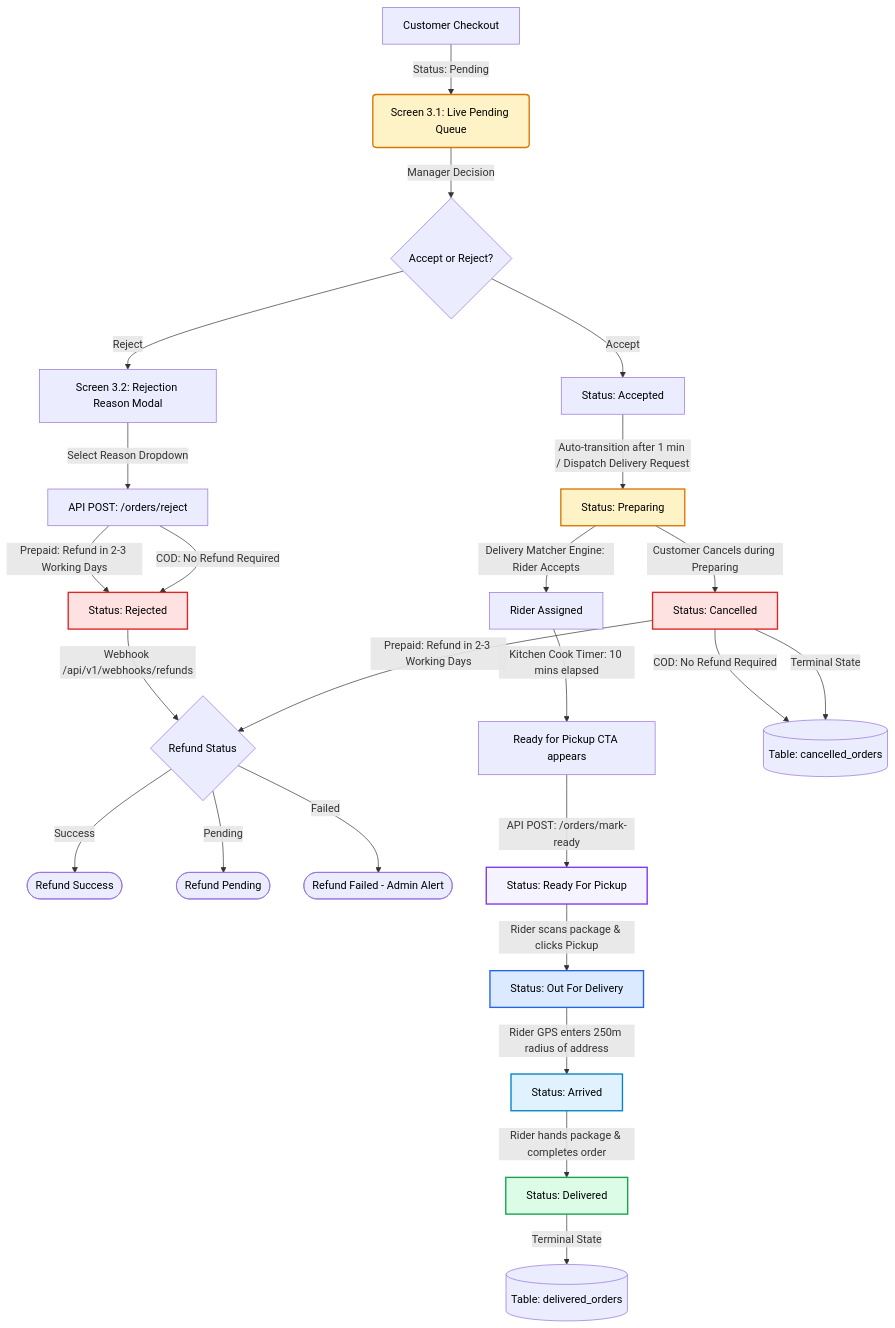
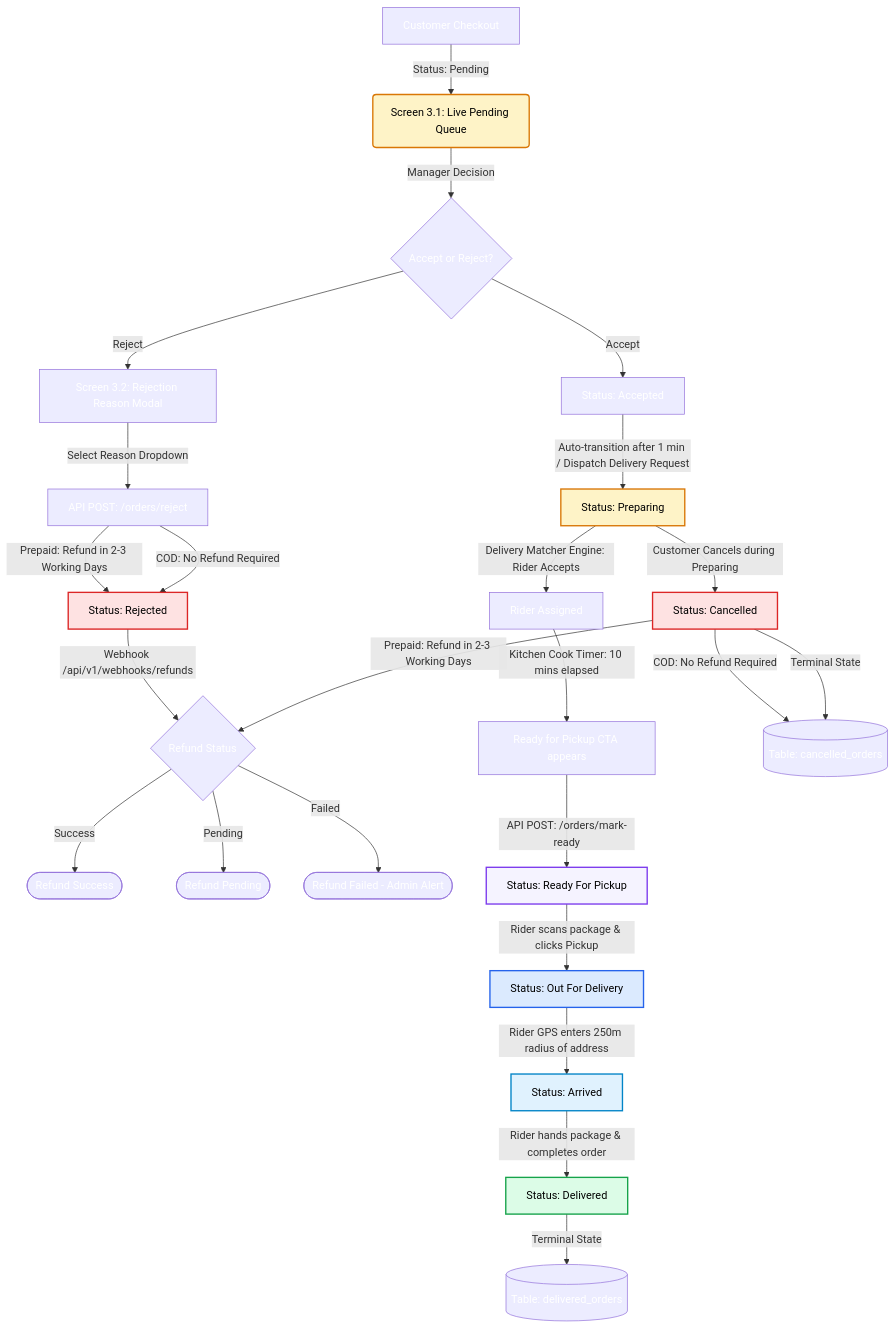
Before and after one commit to codentratechnologies/Restaurant-portals: the diagram in restro.md, drawn with Mermaid.

````diff
--- a/restro.md
+++ b/restro.md
@@ -1326,69 +1326,57 @@
 ```mermaid
 graph TD
     classDef default color:#fff;
     %% Order Creation & Intake
     A[Customer Checkout] -->|Status: Pending| B(Screen 3.1: Live Pending Queue)
     B -->|Manager Decision| C{Accept or Reject?}
     
     %% Rejection Path
     C -->|Reject| D[Screen 3.2: Rejection Reason Modal]
     D -->|Select Reason Dropdown| E[API POST: /orders/reject]
     E -->|Prepaid: Refund in 2-3 Working Days| F[Status: Rejected]
     E -->|COD: No Refund Required| F[Status: Rejected]
     F -->|Webhook /api/v1/webhooks/refunds| G{Refund Status}
     G -->|Success| H([Refund Success])
     G -->|Pending| I([Refund Pending])
     G -->|Failed| J([Refund Failed - Admin Alert])
 
     %% Acceptance & Preparation Path
     C -->|Accept| K[Status: Accepted]
     K -->|Auto-transition after 1 min / Dispatch Delivery Request| M[Status: Preparing]
     
     %% Rider Assignment (Under Preparing)
     M -->|Delivery Matcher Engine: Rider Accepts| R[Rider Assigned]
     
     %% Ready for Pickup (10 min cook time delay)
     R -->|Kitchen Cook Timer: 10 mins elapsed| N[Ready for Pickup CTA appears]
     N -->|API POST: /orders/mark-ready| O[Status: Ready For Pickup]
 
     %% Cancellation Path (Only allowed during Preparing)
     M -->|Customer Cancels during Preparing| Y[Status: Cancelled]
     Y -->|Prepaid: Refund in 2-3 Working Days| G{Refund Status}
     Y -->|COD: No Refund Required| Z[(Table: cancelled_orders)]
 
     %% Rider Handover & Pickup
     O -->|Rider scans package & clicks Pickup| S[Status: Out For Delivery]
     
     %% Transit & Geofence
     S -->|Rider GPS enters 250m radius of address| T[Status: Arrived]
     
     %% Handover Resolution
     T -->|Rider hands package & completes order| U[Status: Delivered]
     
     %% Auditing Ledger
     U -->|Terminal State| W[(Table: delivered_orders)]
     Y -->|Terminal State| Z[(Table: cancelled_orders)]
     
     %% Style formatting
     style B fill:#FEF3C7,stroke:#D97706,stroke-width:2px,color:#000
     style F fill:#FEE2E2,stroke:#DC2626,stroke-width:2px,color:#000
     style M fill:#FEF3C7,stroke:#D97706,stroke-width:2px,color:#000
     style O fill:#F5F3FF,stroke:#7C3AED,stroke-width:2px,color:#000
     style S fill:#DBEAFE,stroke:#2563EB,stroke-width:2px,color:#000
     style T fill:#E0F2FE,stroke:#0284C7,stroke-width:2px,color:#000
     style U fill:#DCFCE7,stroke:#16A34A,stroke-width:2px,color:#000
     style Y fill:#FEE2E2,stroke:#DC2626,stroke-width:2px,color:#000
-    style A color:#000
-    style C color:#000
-    style D color:#000
-    style E color:#000
-    style G color:#000
-    style H color:#000
-    style I color:#000
-    style J color:#000
-    style K color:#000
-    style R color:#000
-    style N color:#000
-    style Z color:#000
-    style W color:#000
+
 ```
````
